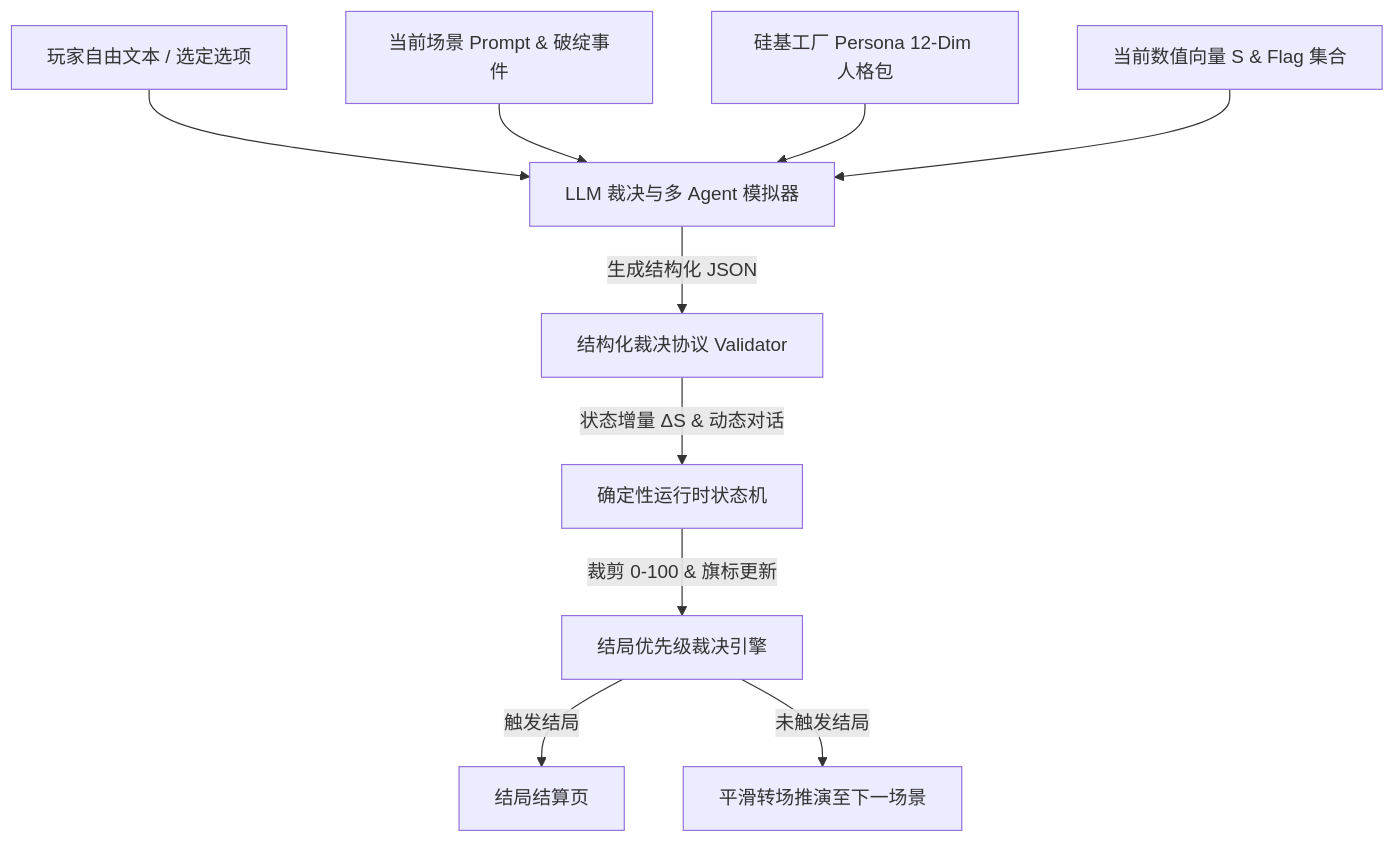
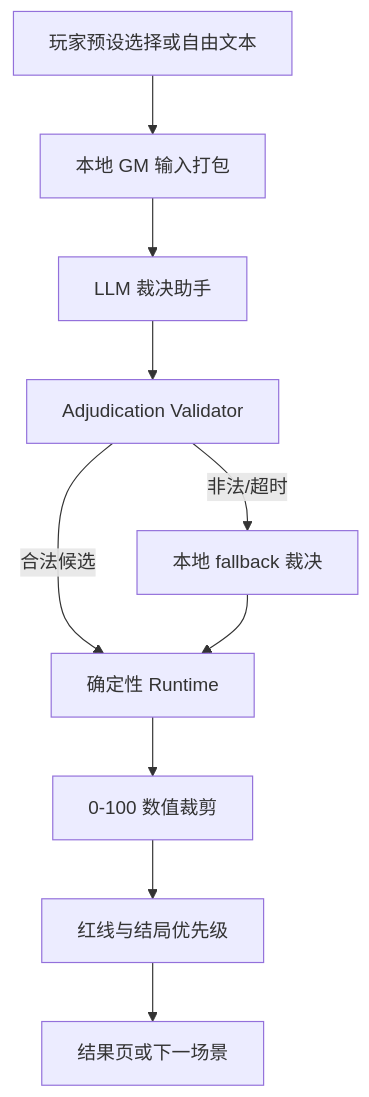
The diagram in docs/specs/llm-adjudication-and-storyline-progression-architecture.md (lit-pi/what-if), drawn with Mermaid before and after one commit. The commit also changed other lines of this file and 11 other files, not shown here.

````diff
--- a/docs/specs/llm-adjudication-and-storyline-progression-architecture.md
+++ b/docs/specs/llm-adjudication-and-storyline-progression-architecture.md
@@ -13,14 +21,12 @@
 ```mermaid
 flowchart TD
-    A[玩家自由文本 / 选定选项] --> B[LLM 裁决与多 Agent 模拟器]
-    C[当前场景 Prompt & 破绽事件] --> B
-    D[硅基工厂 Persona 12-Dim 人格包] --> B
-    E[当前数值向量 S & Flag 集合] --> B
-
-    B -->|生成结构化 JSON| F[结构化裁决协议 Validator]
-    F -->|状态增量 ΔS & 动态对话| G[确定性运行时状态机]
-    
-    G -->|裁剪 0-100 & 旗标更新| H[结局优先级裁决引擎]
-    H -->|触发结局| I[结局结算页]
-    H -->|未触发结局| J[平滑转场推演至下一场景]
+    A[玩家预设选择或自由文本] --> B[本地 GM 输入打包]
+    B --> C[LLM 裁决助手]
+    C --> D[Adjudication Validator]
+    D -->|合法候选| E[确定性 Runtime]
+    D -->|非法/超时| F[本地 fallback 裁决]
+    F --> E
+    E --> G[0-100 数值裁剪]
+    G --> H[红线与结局优先级]
+    H --> I[结果页或下一场景]
 ```
````
